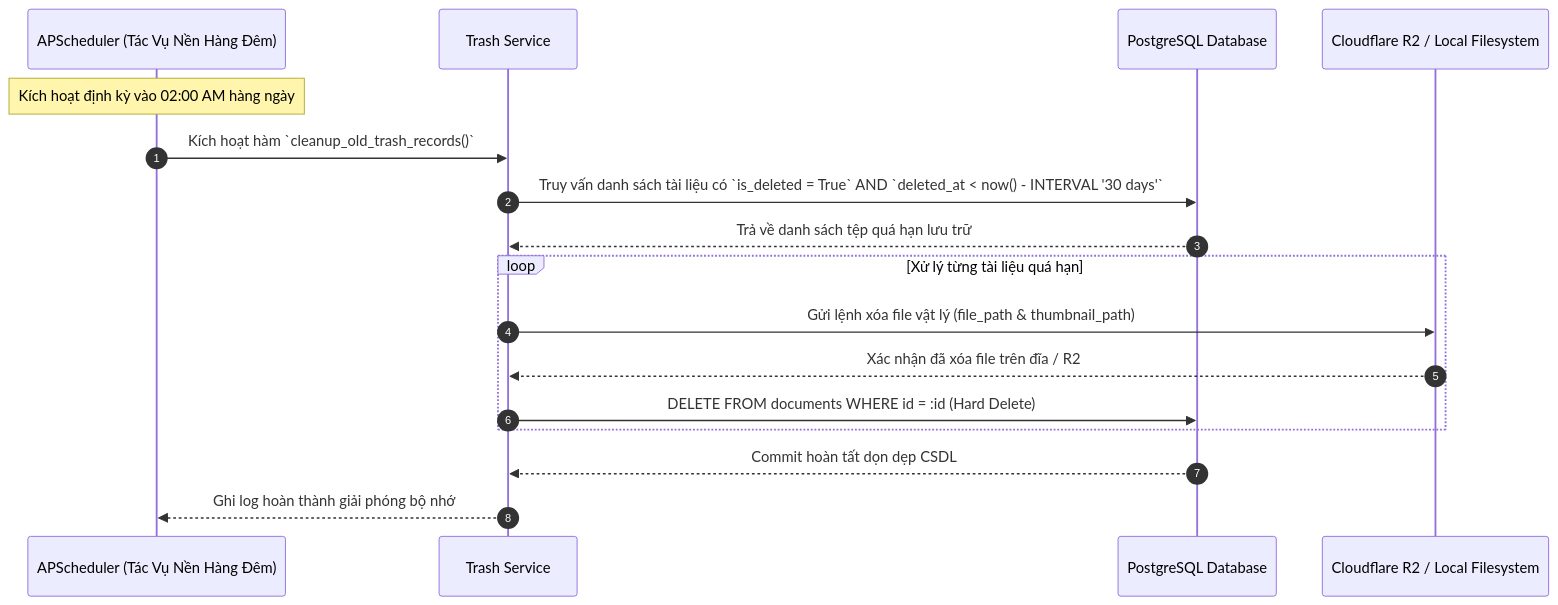
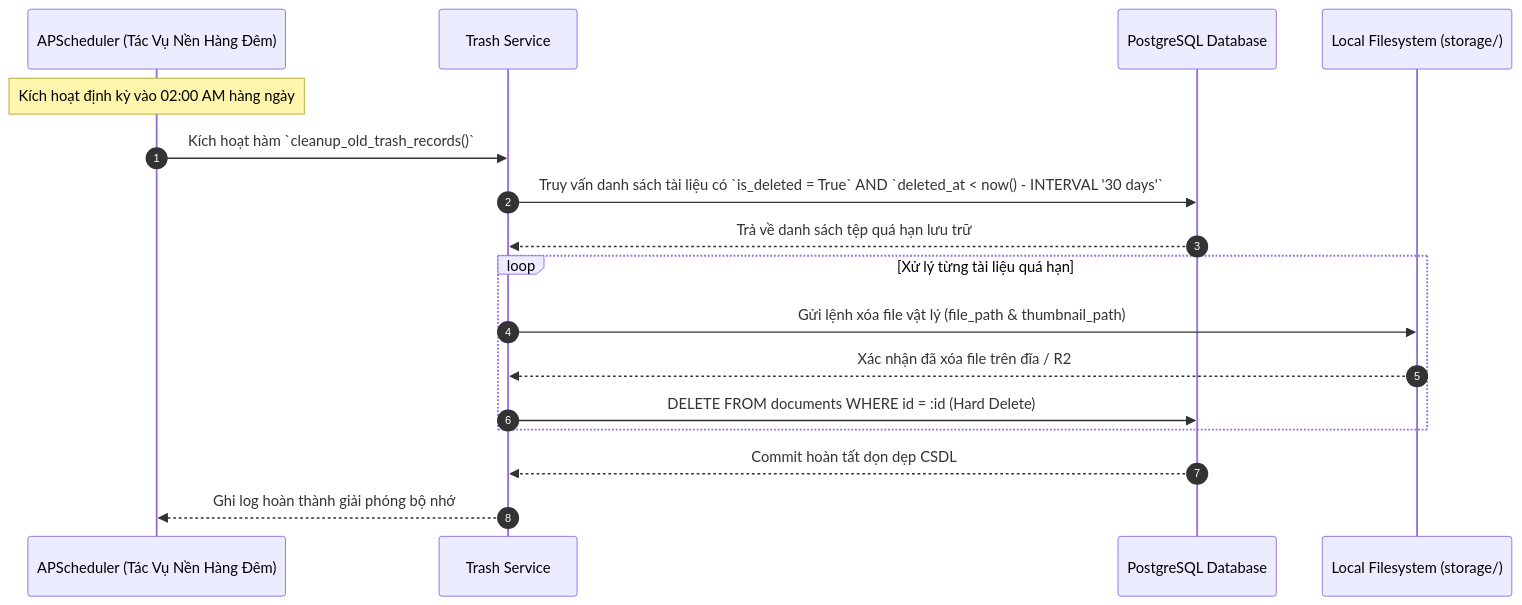
One commit to Nguyen06-CSE/Foundation-Project changed the second of 2 diagrams in docs/requirements/use-cases/UC05_TRASH_LIFECYCLE_AND_PURGE.md. Above: the diagram before and after it, drawn with Mermaid. The commit also changed 260 other files, not shown here.

````diff
--- a/docs/requirements/use-cases/UC05_TRASH_LIFECYCLE_AND_PURGE.md
+++ b/docs/requirements/use-cases/UC05_TRASH_LIFECYCLE_AND_PURGE.md
@@ -56,22 +56,22 @@
 ```mermaid
 sequenceDiagram
     autonumber
     participant Cron as APScheduler (Tác Vụ Nền Hàng Đêm)
     participant Svc as Trash Service
     participant DB as PostgreSQL Database
-    participant Storage as Cloudflare R2 / Local Filesystem
+    participant Storage as Local Filesystem (storage/)
 
     Note over Cron: Kích hoạt định kỳ vào 02:00 AM hàng ngày
     Cron->>Svc: Kích hoạt hàm `cleanup_old_trash_records()`
     Svc->>DB: Truy vấn danh sách tài liệu có `is_deleted = True` AND `deleted_at < now() - INTERVAL '30 days'`
     DB-->>Svc: Trả về danh sách tệp quá hạn lưu trữ
     
     loop Xử lý từng tài liệu quá hạn
         Svc->>Storage: Gửi lệnh xóa file vật lý (file_path & thumbnail_path)
         Storage-->>Svc: Xác nhận đã xóa file trên đĩa / R2
         Svc->>DB: DELETE FROM documents WHERE id = :id (Hard Delete)
     end
     
     DB-->>Svc: Commit hoàn tất dọn dẹp CSDL
     Svc-->>Cron: Ghi log hoàn thành giải phóng bộ nhớ
 ```
````
